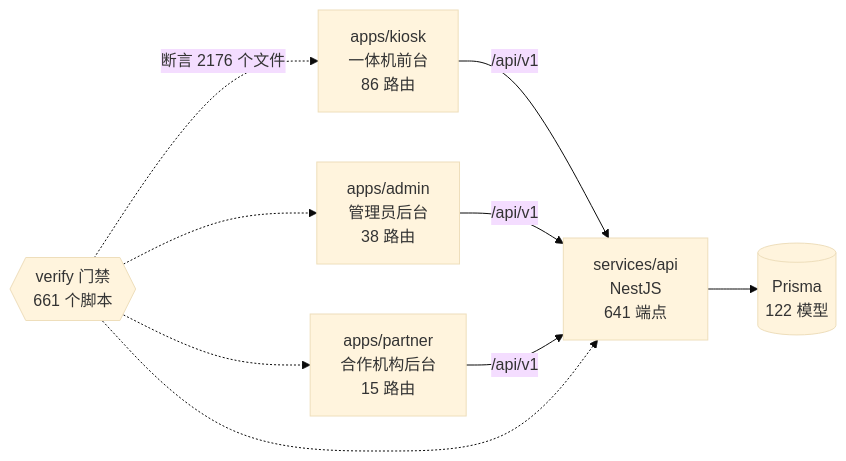
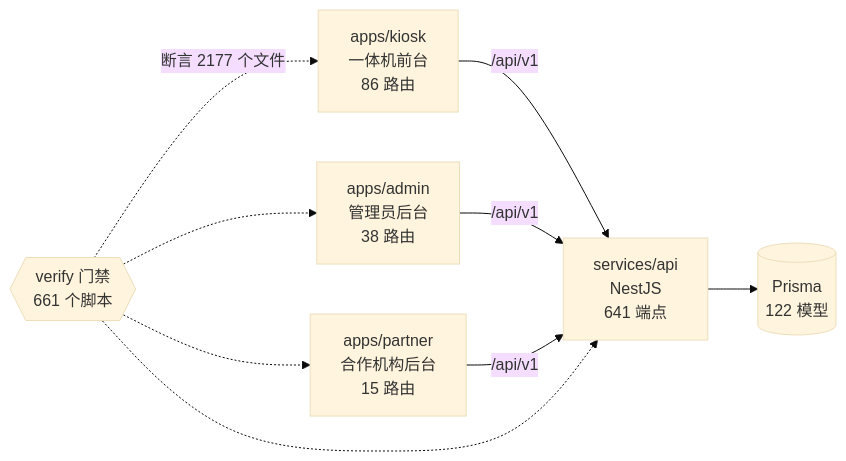
One commit to wanglei581/YITIJI changed the diagram in docs/graph/README.md. Above: the diagram before and after it, drawn with Mermaid (base theme). The commit also changed other lines of this file and 11 other files, not shown here.

````diff
--- a/docs/graph/README.md
+++ b/docs/graph/README.md
@@ -68,18 +68,18 @@
 ```mermaid
 flowchart LR
   kiosk["apps/kiosk<br/>一体机前台<br/>86 路由"]
   admin["apps/admin<br/>管理员后台<br/>38 路由"]
   partner["apps/partner<br/>合作机构后台<br/>15 路由"]
   api["services/api<br/>NestJS<br/>641 端点"]
   db[("Prisma<br/>122 模型")]
   gates{{"verify 门禁<br/>661 个脚本"}}
 
   kiosk -->|"/api/v1"| api
   admin -->|"/api/v1"| api
   partner -->|"/api/v1"| api
   api --> db
-  gates -.->|"断言 2176 个文件"| kiosk
+  gates -.->|"断言 2177 个文件"| kiosk
   gates -.-> admin
   gates -.-> partner
   gates -.-> api
 ```
````
